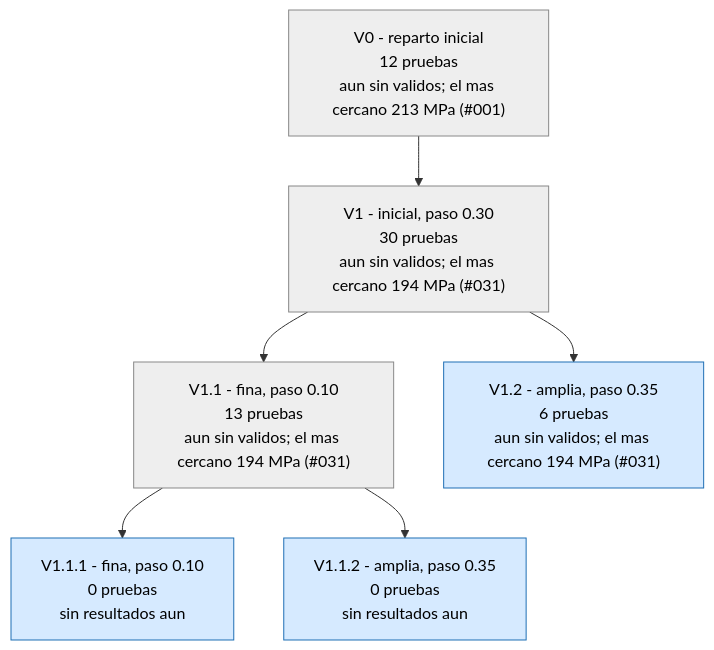
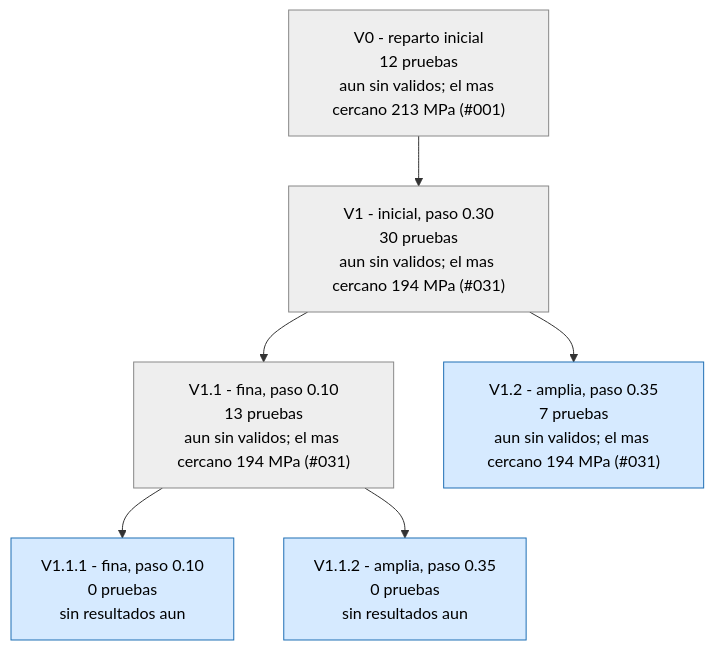
One commit to Hugiko/msd-soporte-optimizacion changed the first of 3 diagrams in runs/opt_37800N/ARBOL.md. Above: the diagram before and after it, drawn with Mermaid. The commit also changed 19 other files, not shown here.

````diff
--- a/runs/opt_37800N/ARBOL.md
+++ b/runs/opt_37800N/ARBOL.md
@@ -9,17 +9,17 @@
 ```mermaid
 graph TD
 classDef activa fill:#d6eaff,stroke:#1f6fb5,color:#000
 classDef fin fill:#eeeeee,stroke:#888,color:#000
 classDef mejor fill:#c8f0c0,stroke:#1a9850,stroke-width:4px,color:#000
 V0["V0 - reparto inicial<br/>12 pruebas<br/>aun sin validos; el mas cercano 213 MPa (#001)"]:::fin
 V1["V1 - inicial, paso 0.30<br/>30 pruebas<br/>aun sin validos; el mas cercano 194 MPa (#031)"]:::fin
 V0 --> V1
 V1_1["V1.1 - fina, paso 0.10<br/>13 pruebas<br/>aun sin validos; el mas cercano 194 MPa (#031)"]:::fin
 V1 --> V1_1
-V1_2["V1.2 - amplia, paso 0.35<br/>6 pruebas<br/>aun sin validos; el mas cercano 194 MPa (#031)"]:::activa
+V1_2["V1.2 - amplia, paso 0.35<br/>7 pruebas<br/>aun sin validos; el mas cercano 194 MPa (#031)"]:::activa
 V1 --> V1_2
 V1_1_1["V1.1.1 - fina, paso 0.10<br/>0 pruebas<br/>sin resultados aun"]:::activa
 V1_1 --> V1_1_1
 V1_1_2["V1.1.2 - amplia, paso 0.35<br/>0 pruebas<br/>sin resultados aun"]:::activa
 V1_1 --> V1_1_2
 ```
````
